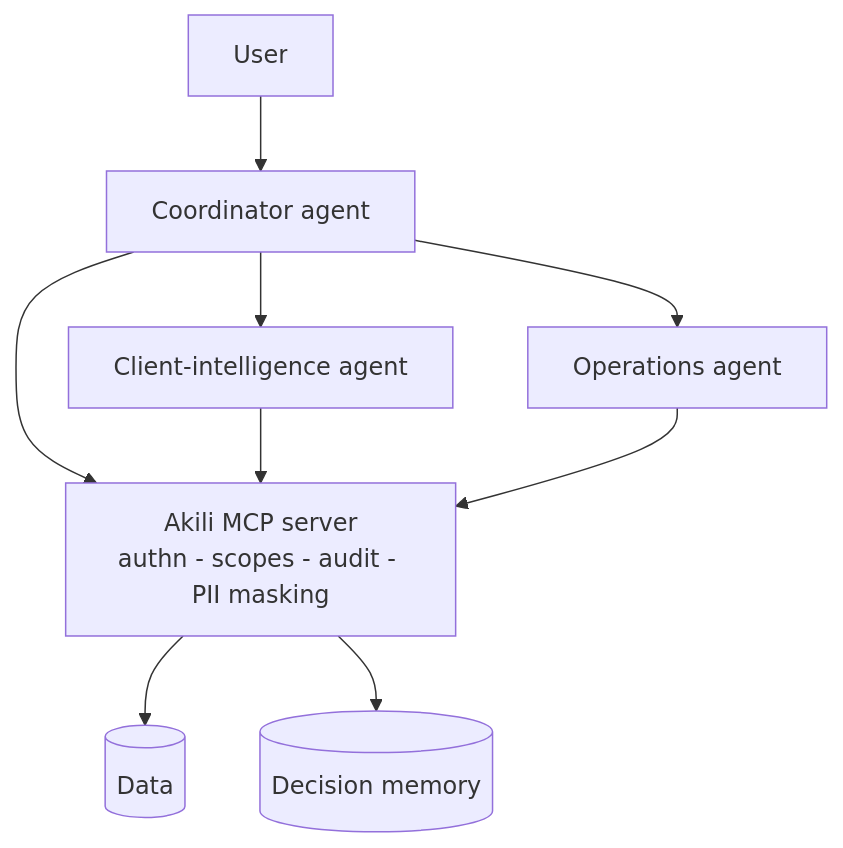
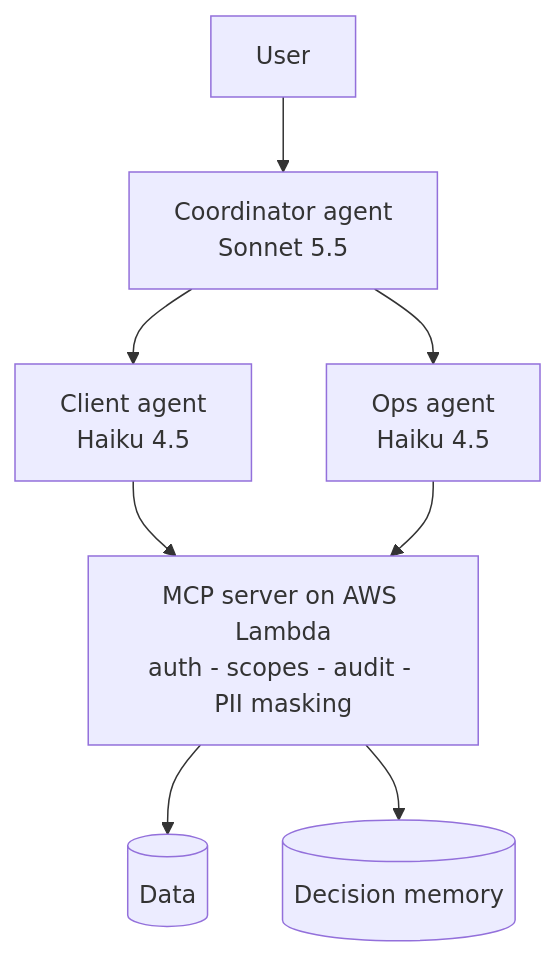
One commit to Denise-Sophy/akili-demo changed the diagram in README.md. Above: the diagram before and after it, drawn with Mermaid. The commit also changed other lines of this file and 1 other file, not shown here.

````diff
--- a/README.md
+++ b/README.md
@@ -51,11 +22,10 @@
 ```mermaid
 flowchart TD
-    U[User] --> CO[Coordinator agent]
-    CO --> CI[Client-intelligence agent]
-    CO --> OP[Operations agent]
-    CO --> MCP
+    U[User] --> CO[Coordinator agent<br/>Sonnet 5.5]
+    CO --> CI[Client agent<br/>Haiku 4.5]
+    CO --> OP[Ops agent<br/>Haiku 4.5]
     CI --> MCP
     OP --> MCP
-    MCP[Akili MCP server<br/>authn - scopes - audit - PII masking] --> D[(Data)]
+    MCP[MCP server on AWS Lambda<br/>auth - scopes - audit - PII masking] --> D[(Data)]
     MCP --> M[(Decision memory)]
 ```
````
